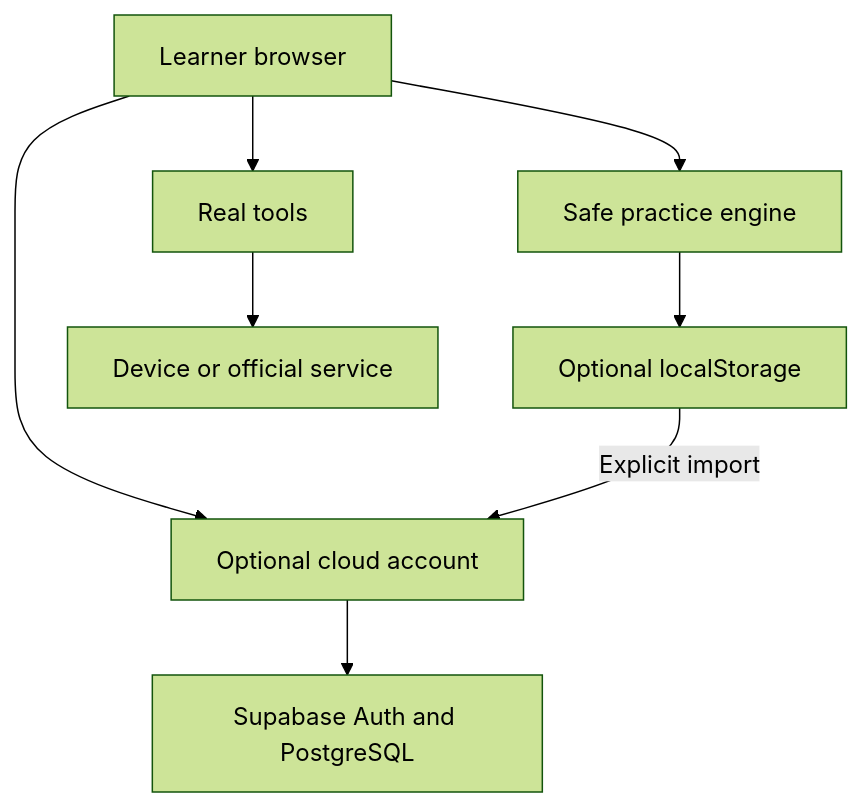
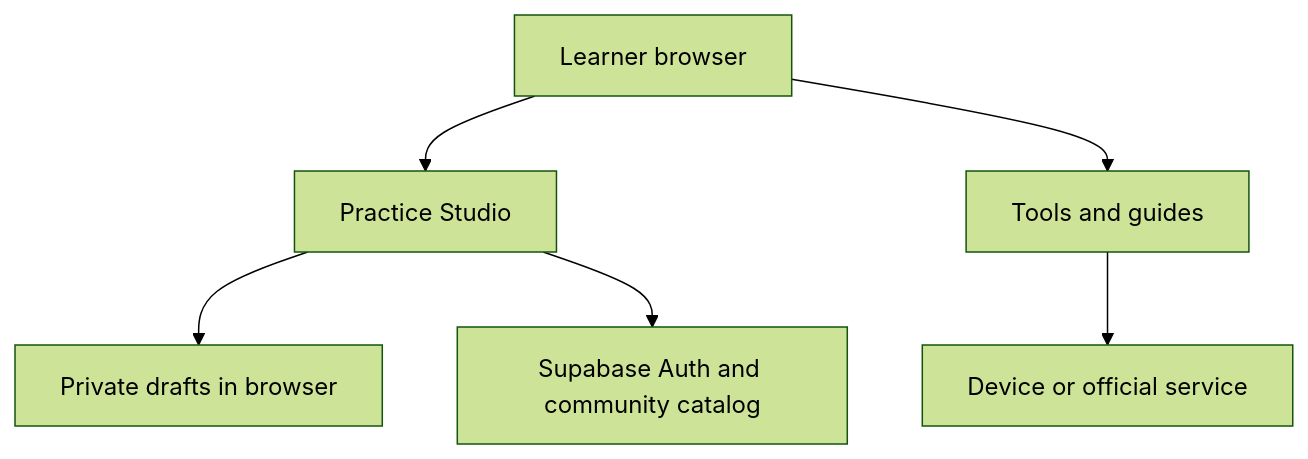
One commit to Raazia-Imran/Samajh changed the diagram in README.md. Above: the diagram before and after it, drawn with Mermaid (forest theme). The commit also changed other lines of this file and 15 other files, not shown here.

````diff
--- a/README.md
+++ b/README.md
@@ -50,10 +49,8 @@
 ```mermaid
 flowchart TD
-  U[Learner browser] --> P[Safe practice engine]
-  U --> R[Real tools]
-  U --> A[Optional cloud account]
-  P --> L[Optional localStorage]
+  U[Learner browser] --> P[Practice Studio]
+  U --> R[Tools and guides]
+  P --> L[Private drafts in browser]
+  P --> S[Supabase Auth and community catalog]
   R --> O[Device or official service]
-  L -->|Explicit import| A
-  A --> S[Supabase Auth and PostgreSQL]
 ```
````
